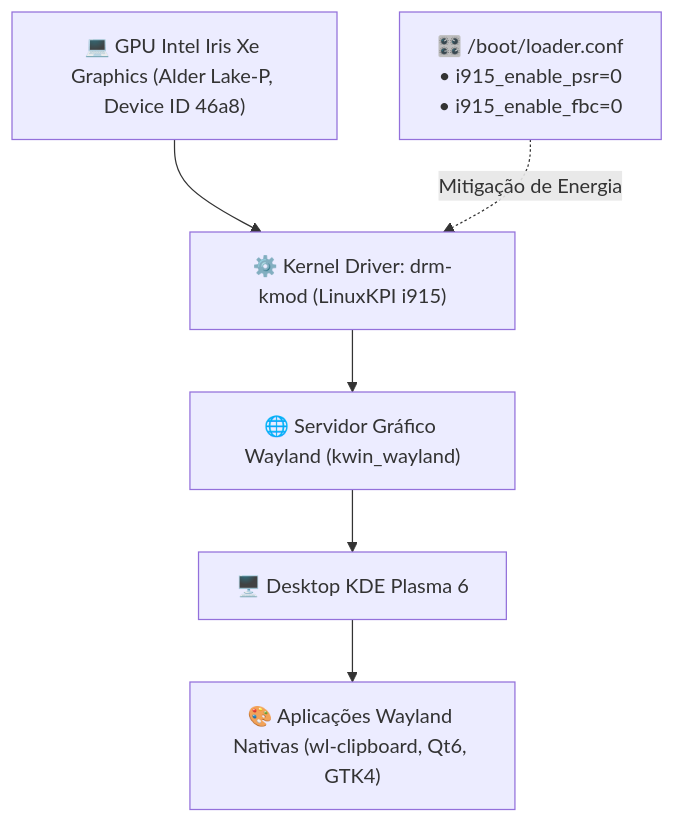
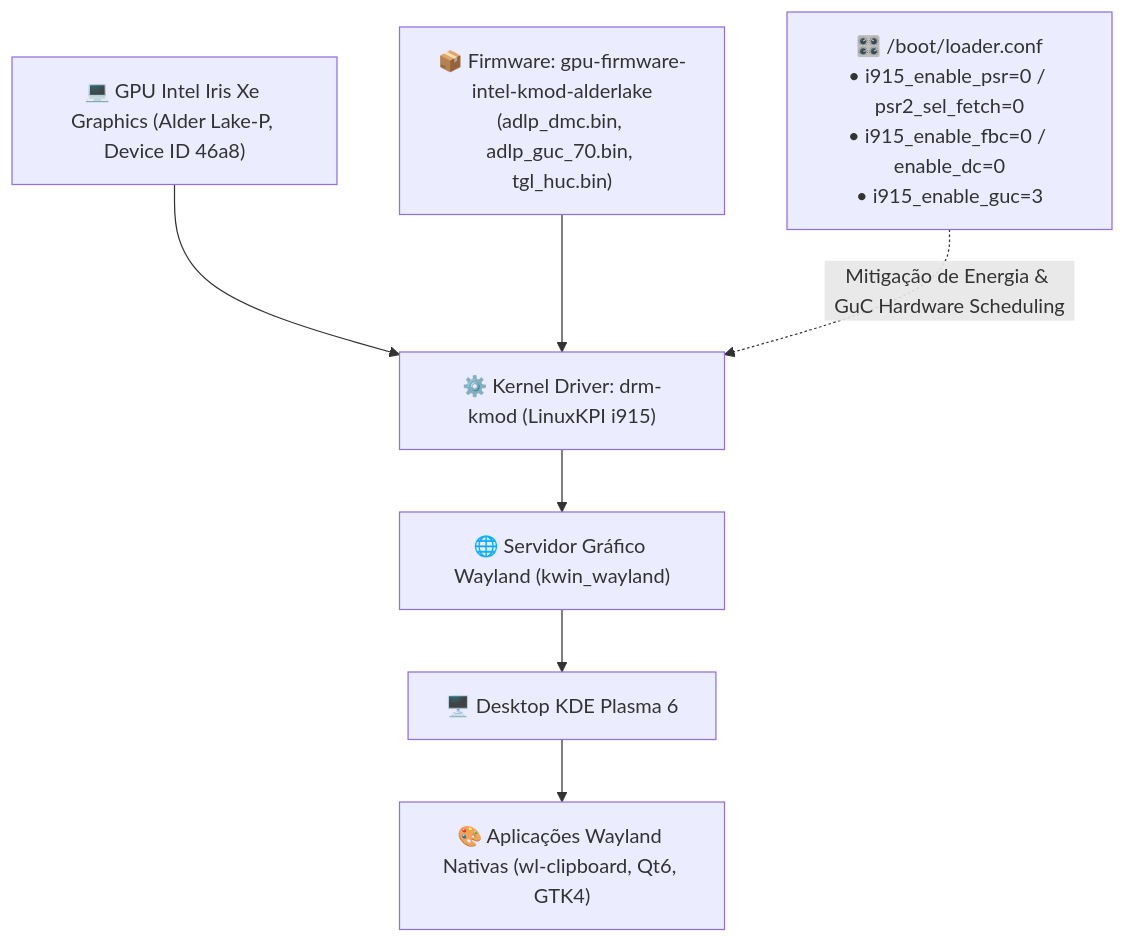
Before and after one commit to GabrielFrigo4/environment: the diagram in docs/freebsd/04-graficos-drm-e-wayland.md, drawn with Mermaid. The commit also changed other lines of this file and 5 other files, not shown here.

````diff
--- a/docs/freebsd/04-graficos-drm-e-wayland.md
+++ b/docs/freebsd/04-graficos-drm-e-wayland.md
@@ -13,15 +13,17 @@
 ```mermaid
 flowchart TD
     HW["💻 GPU Intel Iris Xe Graphics (Alder Lake-P, Device ID 46a8)"]
+    FW["📦 Firmware: gpu-firmware-intel-kmod-alderlake<br/>(adlp_dmc.bin, adlp_guc_70.bin, tgl_huc.bin)"]
     KMOD["⚙️ Kernel Driver: drm-kmod (LinuxKPI i915)"]
-    LOADER["🎛️ /boot/loader.conf<br/>• i915_enable_psr=0<br/>• i915_enable_fbc=0"]
+    LOADER["🎛️ /boot/loader.conf<br/>• i915_enable_psr=0 / psr2_sel_fetch=0<br/>• i915_enable_fbc=0 / enable_dc=0<br/>• i915_enable_guc=3"]
     WAY["🌐 Servidor Gráfico Wayland (kwin_wayland)"]
     PLASMA["🖥️ Desktop KDE Plasma 6"]
     APPS["🎨 Aplicações Wayland Nativas (wl-clipboard, Qt6, GTK4)"]
 
     HW --> KMOD
-    LOADER -.->|Mitigação de Energia| KMOD
+    FW --> KMOD
+    LOADER -.->|Mitigação de Energia & GuC Hardware Scheduling| KMOD
     KMOD --> WAY
     WAY --> PLASMA
     PLASMA --> APPS
 ```
````
